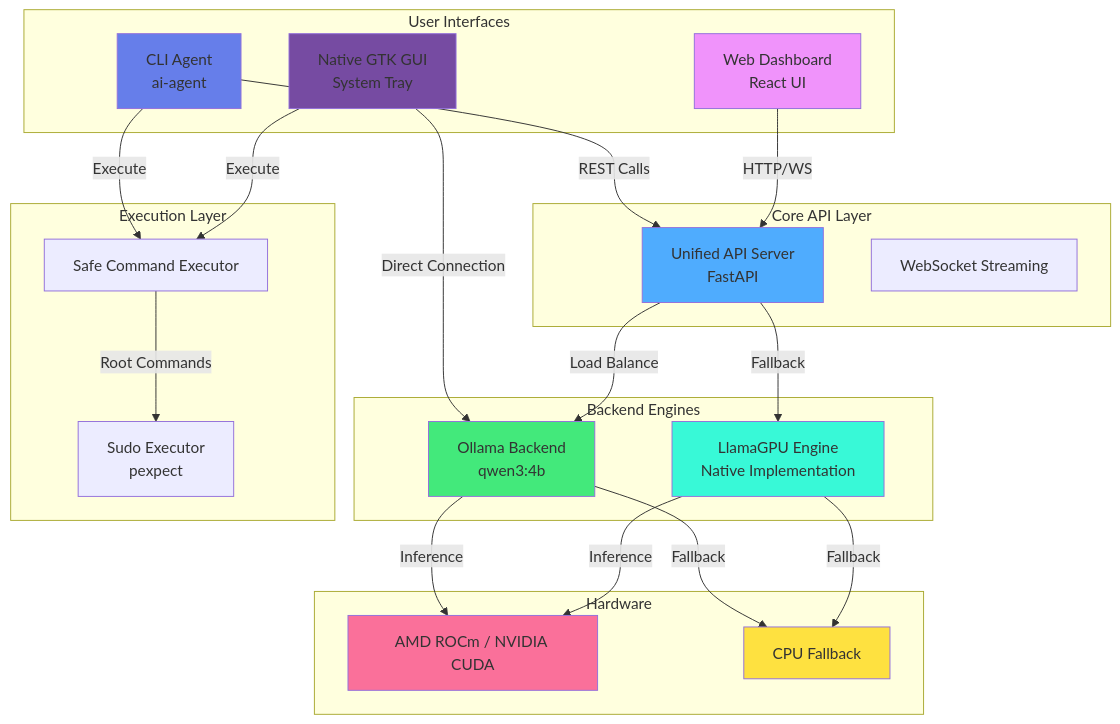
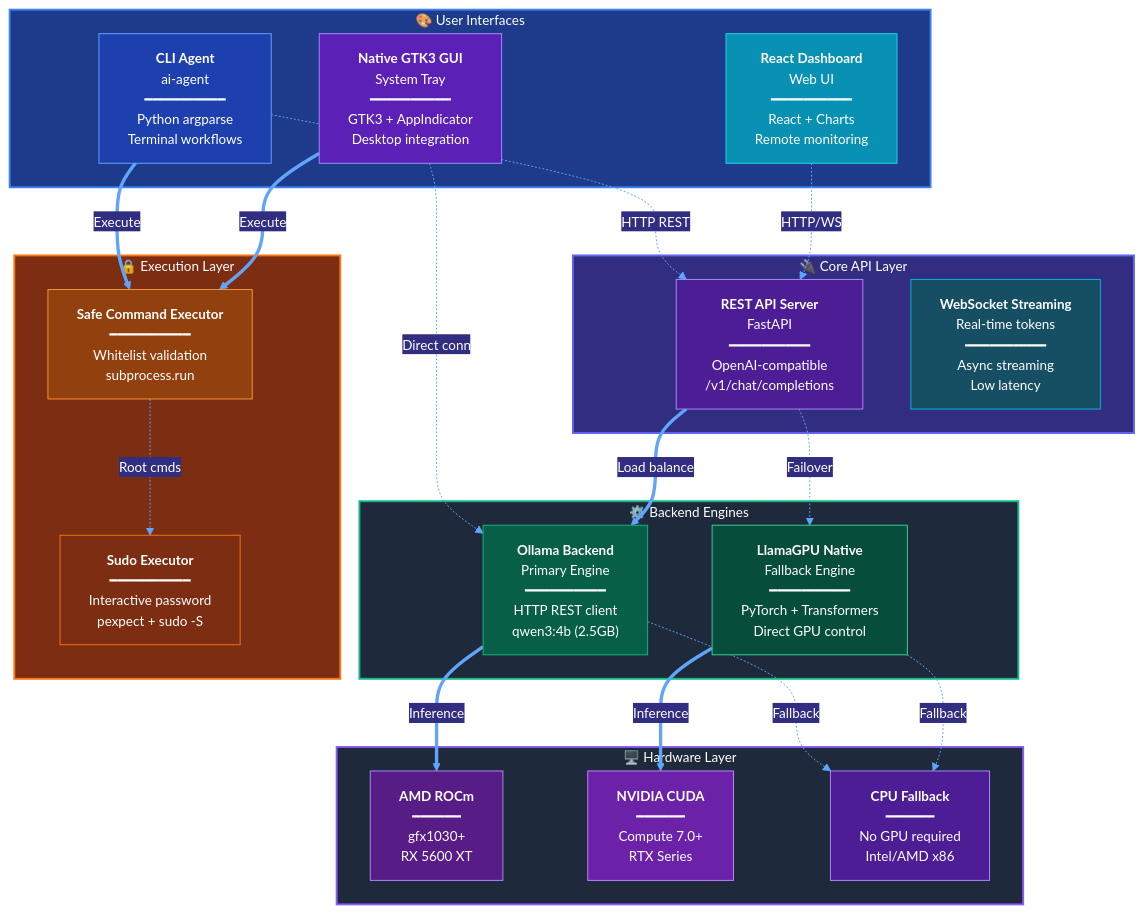
One commit to hkevin01/Llama-GPU changed the first of 5 diagrams in README.md. Above: the diagram before and after it, drawn with Mermaid. The commit also changed other lines of this file, not shown here.

Commit message:
feat: Revise README to enhance project overview, clarify purpose, and detail command execution flow

````diff
--- a/README.md
+++ b/README.md
@@ -57,53 +77,65 @@
 ```mermaid
+%%{init: {'theme':'base', 'themeVariables': { 'primaryColor':'#1e3a8a','primaryTextColor':'#fff','primaryBorderColor':'#3b82f6','lineColor':'#60a5fa','secondaryColor':'#312e81','tertiaryColor':'#1e293b','background':'#0f172a','mainBkg':'#1e293b','secondaryBkg':'#312e81','tertiaryBkg':'#1e3a8a','textColor':'#e2e8f0','fontSize':'14px'}}}%%
 graph TB
-    subgraph "User Interfaces"
-        CLI[CLI Agent<br/>ai-agent]
-        GUI[Native GTK GUI<br/>System Tray]
-        WEB[Web Dashboard<br/>React UI]
+    subgraph UI["🎨 User Interfaces"]
+        CLI["<b>CLI Agent</b><br/>ai-agent<br/>━━━━━━━━━━<br/>Python argparse<br/>Terminal workflows"]
+        GUI["<b>Native GTK3 GUI</b><br/>System Tray<br/>━━━━━━━━━━<br/>GTK3 + AppIndicator<br/>Desktop integration"]
+        WEB["<b>React Dashboard</b><br/>Web UI<br/>━━━━━━━━━━<br/>React + Charts<br/>Remote monitoring"]
     end
 
-    subgraph "Core API Layer"
-        API[Unified API Server<br/>FastAPI]
-        WS[WebSocket Streaming]
+    subgraph API["🔌 Core API Layer"]
+        REST["<b>REST API Server</b><br/>FastAPI<br/>━━━━━━━━━━<br/>OpenAI-compatible<br/>/v1/chat/completions"]
+        WS["<b>WebSocket Streaming</b><br/>Real-time tokens<br/>━━━━━━━━━━<br/>Async streaming<br/>Low latency"]
     end
 
-    subgraph "Backend Engines"
-        OLLAMA[Ollama Backend<br/>qwen3:4b]
-        LLAMA[LlamaGPU Engine<br/>Native Implementation]
+    subgraph BACKEND["⚙️ Backend Engines"]
+        OLLAMA["<b>Ollama Backend</b><br/>Primary Engine<br/>━━━━━━━━━━<br/>HTTP REST client<br/>qwen3:4b (2.5GB)"]
+        LLAMA["<b>LlamaGPU Native</b><br/>Fallback Engine<br/>━━━━━━━━━━<br/>PyTorch + Transformers<br/>Direct GPU control"]
     end
 
-    subgraph "Execution Layer"
-        SAFE[Safe Command Executor]
-        SUDO[Sudo Executor<br/>pexpect]
+    subgraph EXEC["🔒 Execution Layer"]
+        SAFE["<b>Safe Command Executor</b><br/>━━━━━━━━━━<br/>Whitelist validation<br/>subprocess.run"]
+        SUDO["<b>Sudo Executor</b><br/>━━━━━━━━━━<br/>Interactive password<br/>pexpect + sudo -S"]
     end
 
-    subgraph "Hardware"
-        GPU[AMD ROCm / NVIDIA CUDA]
-        CPU[CPU Fallback]
+    subgraph HW["🖥️ Hardware Layer"]
+        GPU["<b>AMD ROCm</b><br/>━━━━━━<br/>gfx1030+<br/>RX 5600 XT"]
+        CUDA["<b>NVIDIA CUDA</b><br/>━━━━━━<br/>Compute 7.0+<br/>RTX Series"]
+        CPU["<b>CPU Fallback</b><br/>━━━━━━<br/>No GPU required<br/>Intel/AMD x86"]
     end
 
-    CLI -->|REST Calls| API
-    GUI -->|Direct Connection| OLLAMA
-    WEB -->|HTTP/WS| API
+    CLI -.->|"HTTP REST"| REST
+    GUI -.->|"Direct conn"| OLLAMA
+    WEB -.->|"HTTP/WS"| REST
 
-    API -->|Load Balance| OLLAMA
-    API -->|Fallback| LLAMA
+    REST ==>|"Load balance"| OLLAMA
+    REST -.->|"Failover"| LLAMA
 
-    CLI -->|Execute| SAFE
-    GUI -->|Execute| SAFE
-    SAFE -->|Root Commands| SUDO
+    CLI ==>|"Execute"| SAFE
+    GUI ==>|"Execute"| SAFE
+    SAFE -.->|"Root cmds"| SUDO
 
-    OLLAMA -->|Inference| GPU
-    OLLAMA -->|Fallback| CPU
-    LLAMA -->|Inference| GPU
-    LLAMA -->|Fallback| CPU
+    OLLAMA ==>|"Inference"| GPU
+    OLLAMA -.->|"Fallback"| CPU
+    LLAMA ==>|"Inference"| CUDA
+    LLAMA -.->|"Fallback"| CPU
 
-    style CLI fill:#667eea
-    style GUI fill:#764ba2
-    style WEB fill:#f093fb
-    style API fill:#4facfe
-    style OLLAMA fill:#43e97b
-    style LLAMA fill:#38f9d7
-    style GPU fill:#fa709a
-    style CPU fill:#fee140
+    style UI fill:#1e3a8a,stroke:#3b82f6,stroke-width:2px,color:#fff
+    style API fill:#312e81,stroke:#6366f1,stroke-width:2px,color:#fff
+    style BACKEND fill:#1e293b,stroke:#10b981,stroke-width:2px,color:#fff
+    style EXEC fill:#7c2d12,stroke:#f97316,stroke-width:2px,color:#fff
+    style HW fill:#1e293b,stroke:#8b5cf6,stroke-width:2px,color:#fff
+
+    style CLI fill:#1e40af,stroke:#60a5fa,color:#fff
+    style GUI fill:#5b21b6,stroke:#a78bfa,color:#fff
+    style WEB fill:#0891b2,stroke:#22d3ee,color:#fff
+    style REST fill:#4c1d95,stroke:#a78bfa,color:#fff
+    style WS fill:#164e63,stroke:#06b6d4,color:#fff
+    style OLLAMA fill:#065f46,stroke:#10b981,color:#fff
+    style LLAMA fill:#064e3b,stroke:#34d399,color:#fff
+    style SAFE fill:#92400e,stroke:#fb923c,color:#fff
+    style SUDO fill:#7c2d12,stroke:#f97316,color:#fff
+    style GPU fill:#581c87,stroke:#a78bfa,color:#fff
+    style CUDA fill:#6b21a8,stroke:#c084fc,color:#fff
+    style CPU fill:#4c1d95,stroke:#a78bfa,color:#fff
 ```
````
